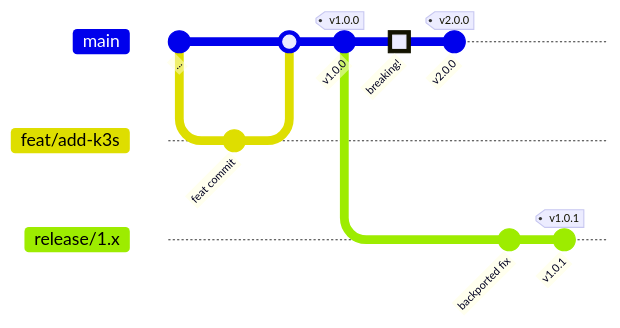
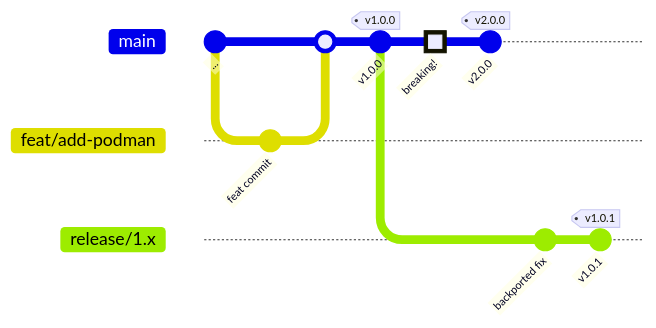
The diagram in docs/CONTRIBUTING.md (LamaGrid/lamadist), drawn with Mermaid before and after one commit. The commit also changed other lines of this file and 3 other files, not shown here.

````diff
--- a/docs/CONTRIBUTING.md
+++ b/docs/CONTRIBUTING.md
@@ -200,17 +200,17 @@
 ```mermaid
 gitGraph
     commit id: "..."
-    branch "feat/add-k3s"
-    checkout "feat/add-k3s"
+    branch "feat/add-podman"
+    checkout "feat/add-podman"
     commit id: "feat commit"
     checkout main
-    merge "feat/add-k3s"
+    merge "feat/add-podman"
     commit id: "v1.0.0" tag: "v1.0.0"
     branch "release/1.x"
     checkout main
     commit id: "breaking!" type: HIGHLIGHT
     commit id: "v2.0.0" tag: "v2.0.0"
     checkout "release/1.x"
     commit id: "backported fix"
     commit id: "v1.0.1" tag: "v1.0.1"
 ```
````
